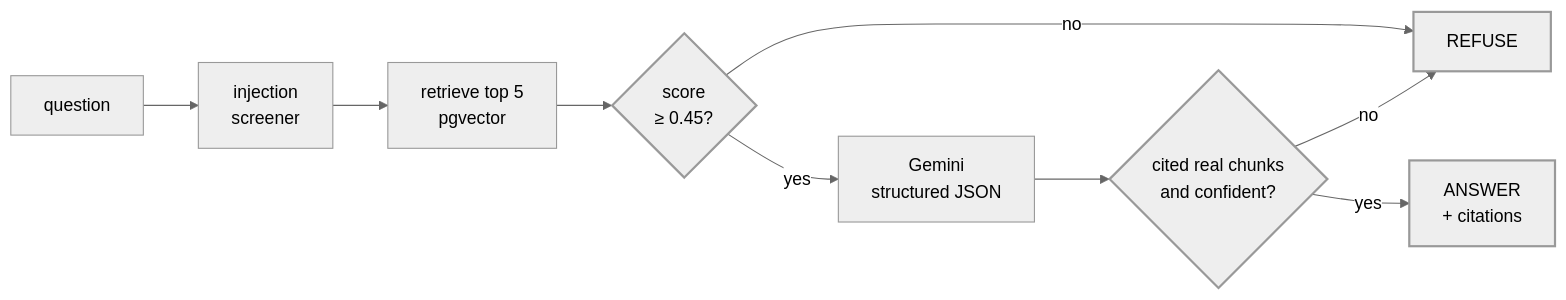
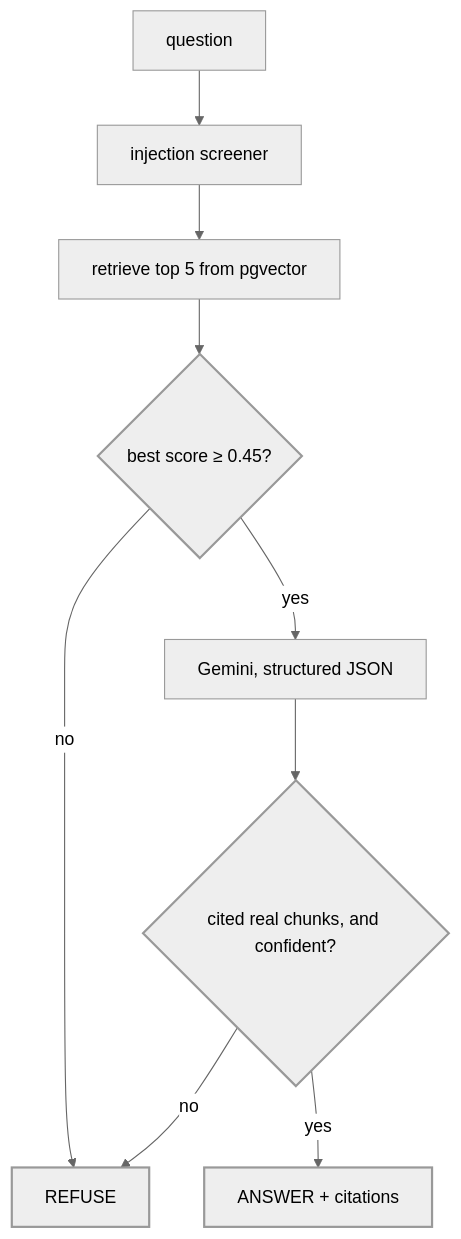
Before and after one commit to palnakrani-ai/docsentry: the diagram in README.md, drawn with Mermaid (neutral theme). The commit also changed other lines of this file, not shown here.

Commit message:
Drop the Hugging Face frontmatter and stop the diagram hiding behind GitHub's controls
Both found by opening the repo page rather than reading the file.

The README began with Hugging Face Spaces frontmatter: title, emoji, colorFrom,
colorTo, sdk, app_port, pinned. GitHub renders that as a seven-row config table
ABOVE the project title, so the first thing any visitor saw was deployment
metadata for a platform this no longer deploys to. Removed; Render and Compose
are the targets and both are described further down.

The answer-path diagram was laid out left to right and ran about 1000px wide.
GitHub overlays pan and zoom controls on the corners of a rendered Mermaid block,
and they were sitting directly on top of the REFUSE and ANSWER nodes — the two
terminal states the diagram exists to show. Vertical instead: 402px wide and
nothing near the corners.

Neither is visible from the markdown. The frontmatter looks like ordinary YAML in
an editor and the diagram renders perfectly in isolation; only the page shows
what a reader actually gets.

Claude-Session: https://claude.ai/code/session_012M9MKK6rm1FzeqbD3HjW1n

````diff
--- a/README.md
+++ b/README.md
@@ -19,16 +9,16 @@
 ```mermaid
-flowchart LR
-    Q["question"] --> SCR["injection<br/>screener"]
-    SCR --> RET["retrieve top 5<br/>pgvector"]
-    RET --> G1{"score<br/>&ge; 0.45?"}
+flowchart TD
+    Q["question"] --> SCR["injection screener"]
+    SCR --> RET["retrieve top 5 from pgvector"]
+    RET --> G1{"best score &ge; 0.45?"}
     G1 -->|no| REF["REFUSE"]
-    G1 -->|yes| GEN["Gemini<br/>structured JSON"]
-    GEN --> G2{"cited real chunks<br/>and confident?"}
+    G1 -->|yes| GEN["Gemini, structured JSON"]
+    GEN --> G2{"cited real chunks, and confident?"}
     G2 -->|no| REF
-    G2 -->|yes| ANS["ANSWER<br/>+ citations"]
+    G2 -->|yes| ANS["ANSWER + citations"]
 
     style REF stroke-width:2px
     style ANS stroke-width:2px
     style G1 stroke-width:2px
     style G2 stroke-width:2px
 ```
````
